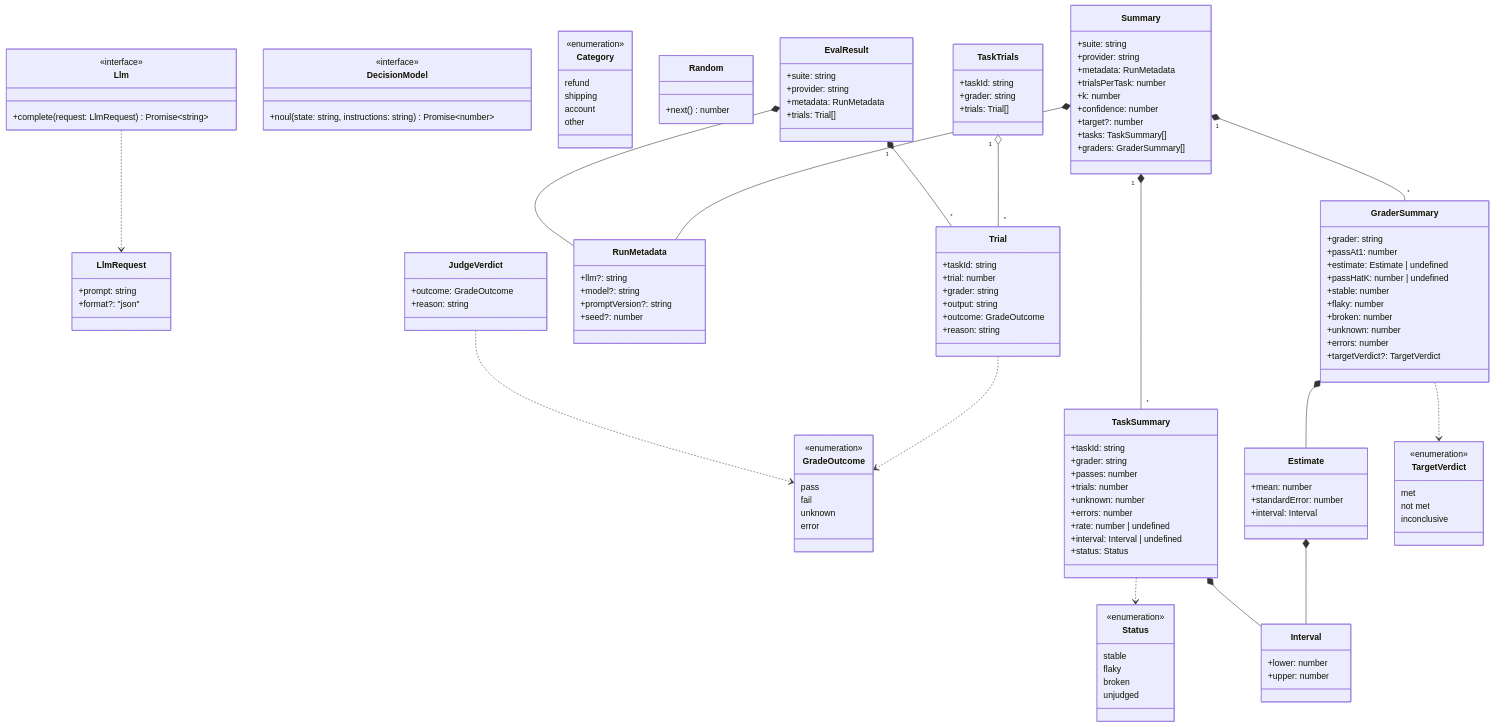
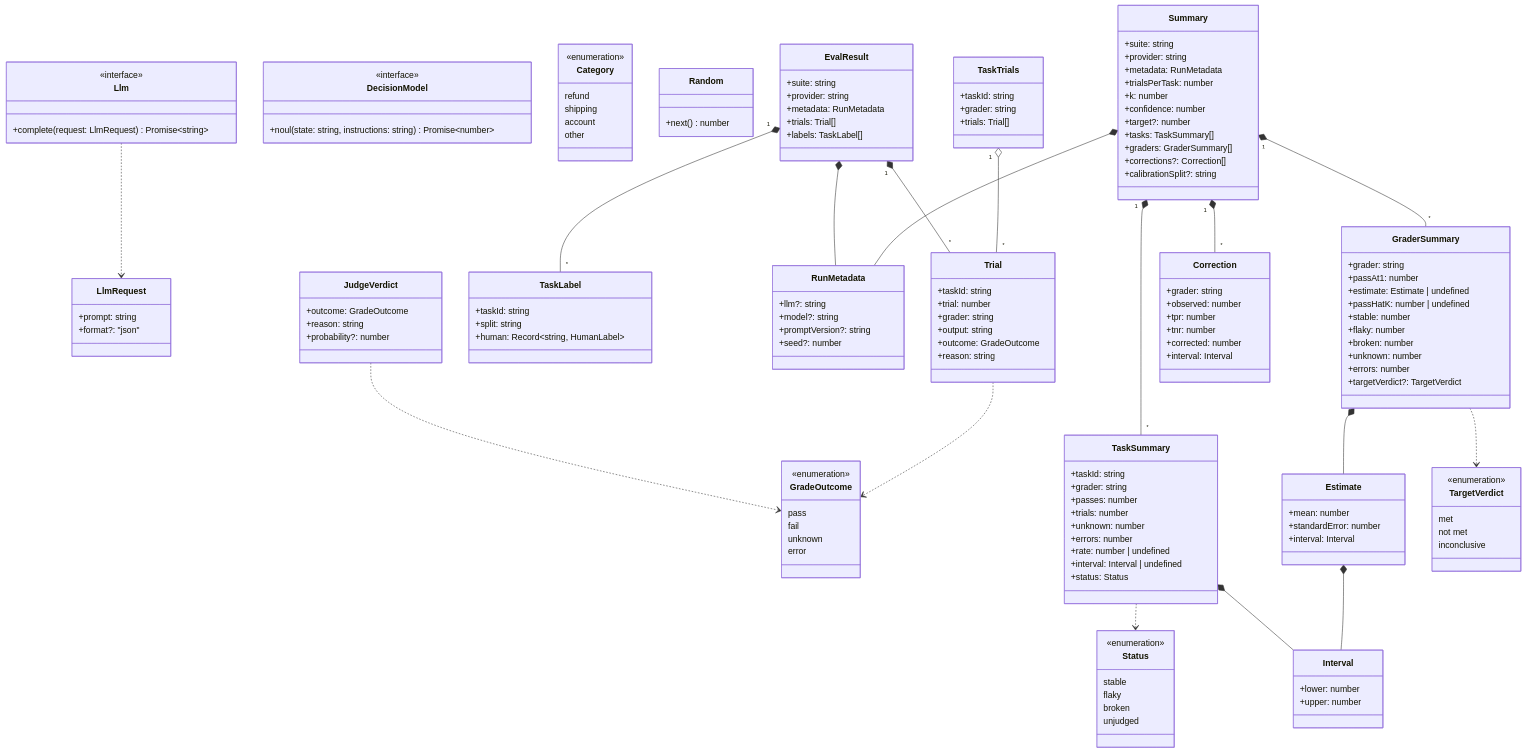
Before and after one commit to enunun/llm-evaluation-handson: the first of 2 diagrams in iterations/iteration-4/solution/design/types.md, drawn with Mermaid. The commit also changed other lines of this file and 14 other files, not shown here.

First line of the commit message:
Add Iteration 4: validating model-based graders against human labels

````diff
--- a/iterations/iteration-4/solution/design/types.md
+++ b/iterations/iteration-4/solution/design/types.md
@@ -17,6 +18,7 @@
   class JudgeVerdict {
     +outcome: GradeOutcome
     +reason: string
+    +probability?: number
   }
   class DecisionModel {
     <<interface>>
@@ -44,6 +46,12 @@
     +provider: string
     +metadata: RunMetadata
     +trials: Trial[]
+    +labels: TaskLabel[]
+  }
+  class TaskLabel {
+    +taskId: string
+    +split: string
+    +human: Record~string, HumanLabel~
   }
   class RunMetadata {
     +llm?: string
@@ -119,12 +127,23 @@
     +target?: number
     +tasks: TaskSummary[]
     +graders: GraderSummary[]
+    +corrections?: Correction[]
+    +calibrationSplit?: string
+  }
+  class Correction {
+    +grader: string
+    +observed: number
+    +tpr: number
+    +tnr: number
+    +corrected: number
+    +interval: Interval
   }
   Llm ..> LlmRequest
   JudgeVerdict ..> GradeOutcome
   Trial ..> GradeOutcome
   EvalResult *-- RunMetadata
   EvalResult "1" *-- "*" Trial
+  EvalResult "1" *-- "*" TaskLabel
   TaskTrials "1" o-- "*" Trial
   TaskSummary ..> Status
   TaskSummary *-- Interval
@@ -134,4 +153,5 @@
   Summary *-- RunMetadata
   Summary "1" *-- "*" TaskSummary
   Summary "1" *-- "*" GraderSummary
+  Summary "1" *-- "*" Correction
 ```
````
